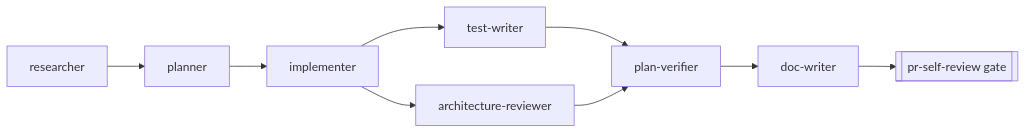
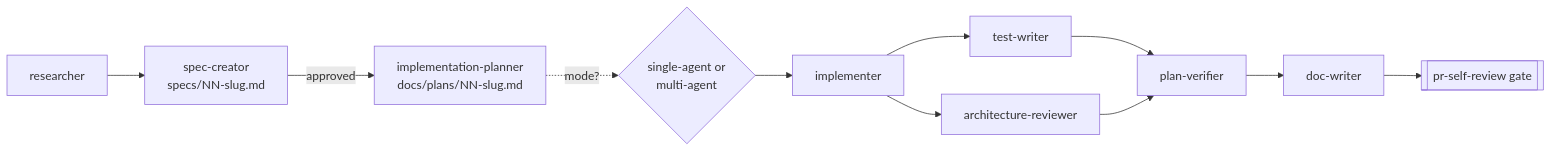
One commit to Flamenom/dev-digest changed the diagram in .claude/agents/README.md. Above: the diagram before and after it, drawn with Mermaid. The commit also changed other lines of this file and 14 other files, not shown here.

````diff
--- a/.claude/agents/README.md
+++ b/.claude/agents/README.md
@@ -13,9 +26,12 @@
 ```mermaid
 flowchart LR
-  R["researcher"] --> P["planner"] --> I["implementer"]
+  R["researcher"] --> S["spec-creator<br/>specs/NN-slug.md"]
+  S -- "approved" --> P["implementation-planner<br/>docs/plans/NN-slug.md"]
+  P -. "mode?" .-> M{"single-agent or<br/>multi-agent"}
+  M --> I["implementer"]
   I --> T["test-writer"]
   I --> AR["architecture-reviewer"]
   T --> PV["plan-verifier"]
   AR --> PV
   PV --> D["doc-writer"] --> G[["pr-self-review gate"]]
 ```
````
